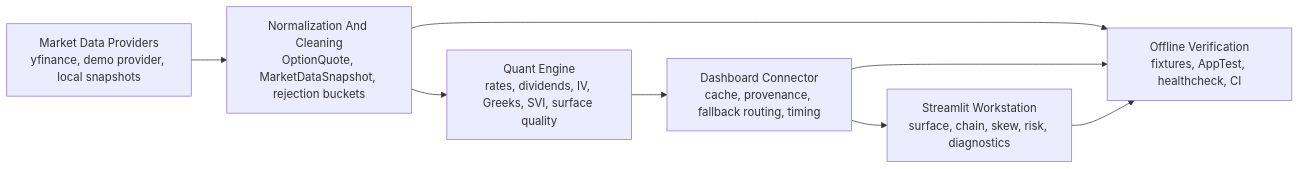
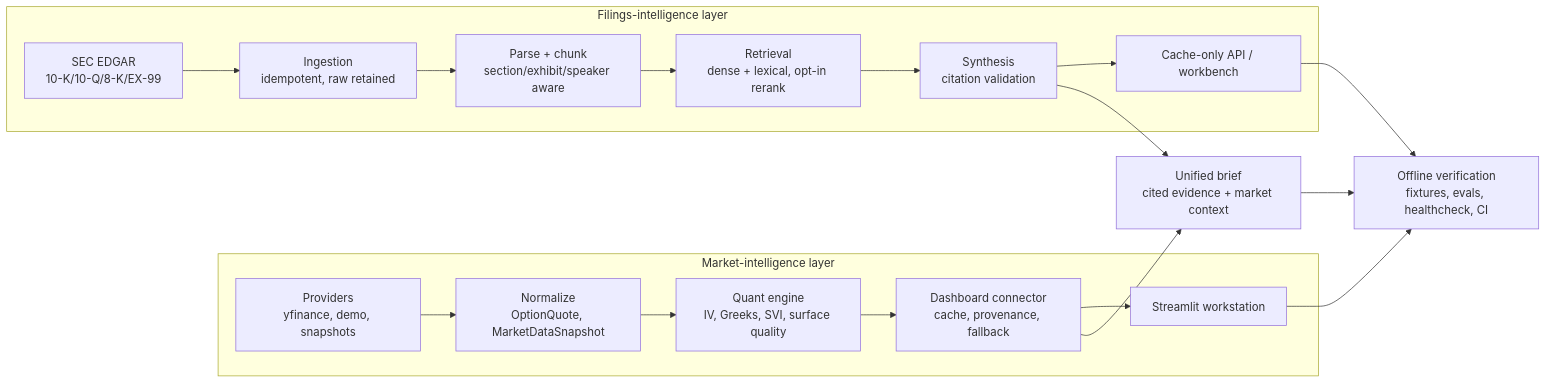
One commit to evanlewis04/Real-Time-Options-Volatility-Surface changed the diagram in docs/architecture.md. Above: the diagram before and after it, drawn with Mermaid. The commit also changed other lines of this file and 1 other file, not shown here.

First line of the commit message:
Polish: unify architecture doc and make the demo runnable from a clean clone

````diff
--- a/docs/architecture.md
+++ b/docs/architecture.md
@@ -8,17 +10,27 @@
 ```mermaid
 flowchart LR
-    Providers["Market Data Providers<br/>yfinance, demo provider, local snapshots"]
-    Normalize["Normalization And Cleaning<br/>OptionQuote, MarketDataSnapshot, rejection buckets"]
-    Quant["Quant Engine<br/>rates, dividends, IV, Greeks, SVI, surface quality"]
-    State["Dashboard Connector<br/>cache, provenance, fallback routing, timing"]
-    UI["Streamlit Workstation<br/>surface, chain, skew, risk, diagnostics"]
-    Tests["Offline Verification<br/>fixtures, AppTest, healthcheck, CI"]
+    subgraph Market["Market-intelligence layer"]
+        Providers["Providers<br/>yfinance, demo, snapshots"]
+        Normalize["Normalize<br/>OptionQuote, MarketDataSnapshot"]
+        Quant["Quant engine<br/>IV, Greeks, SVI, surface quality"]
+        Connector["Dashboard connector<br/>cache, provenance, fallback"]
+        VolUI["Streamlit workstation"]
+        Providers --> Normalize --> Quant --> Connector --> VolUI
+    end
 
-    Providers --> Normalize
-    Normalize --> Quant
-    Quant --> State
-    State --> UI
-    Normalize --> Tests
-    State --> Tests
-    UI --> Tests
+    subgraph Filings["Filings-intelligence layer"]
+        SEC["SEC EDGAR<br/>10-K/10-Q/8-K/EX-99"]
+        Ingest["Ingestion<br/>idempotent, raw retained"]
+        Parse["Parse + chunk<br/>section/exhibit/speaker aware"]
+        Retrieve["Retrieval<br/>dense + lexical, opt-in rerank"]
+        Synth["Synthesis<br/>citation validation"]
+        API["Cache-only API / workbench"]
+        SEC --> Ingest --> Parse --> Retrieve --> Synth --> API
+    end
+
+    Connector --> Brief["Unified brief<br/>cited evidence + market context"]
+    Synth --> Brief
+    Brief --> Tests["Offline verification<br/>fixtures, evals, healthcheck, CI"]
+    VolUI --> Tests
+    API --> Tests
 ```
````
